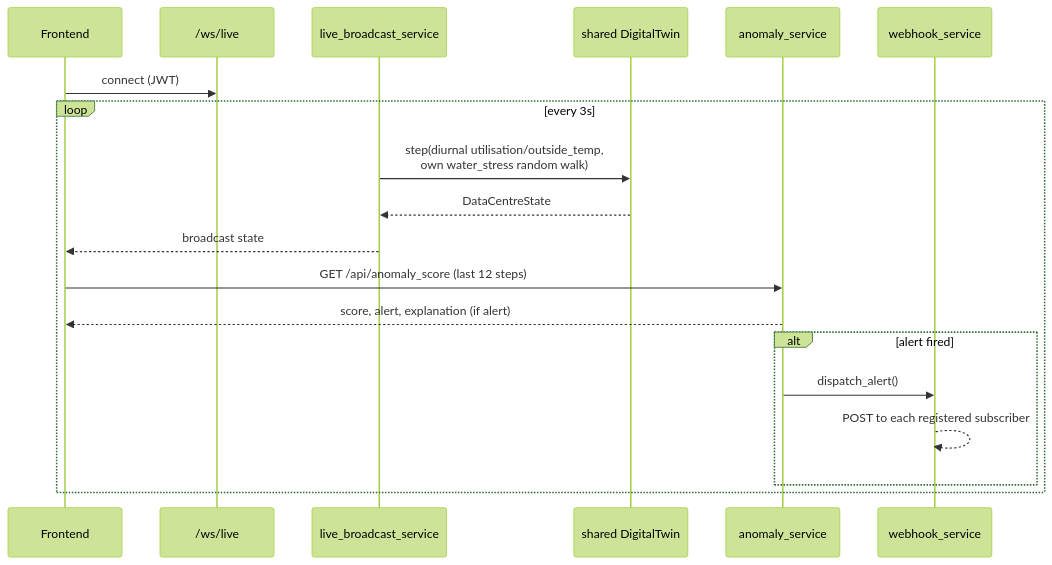
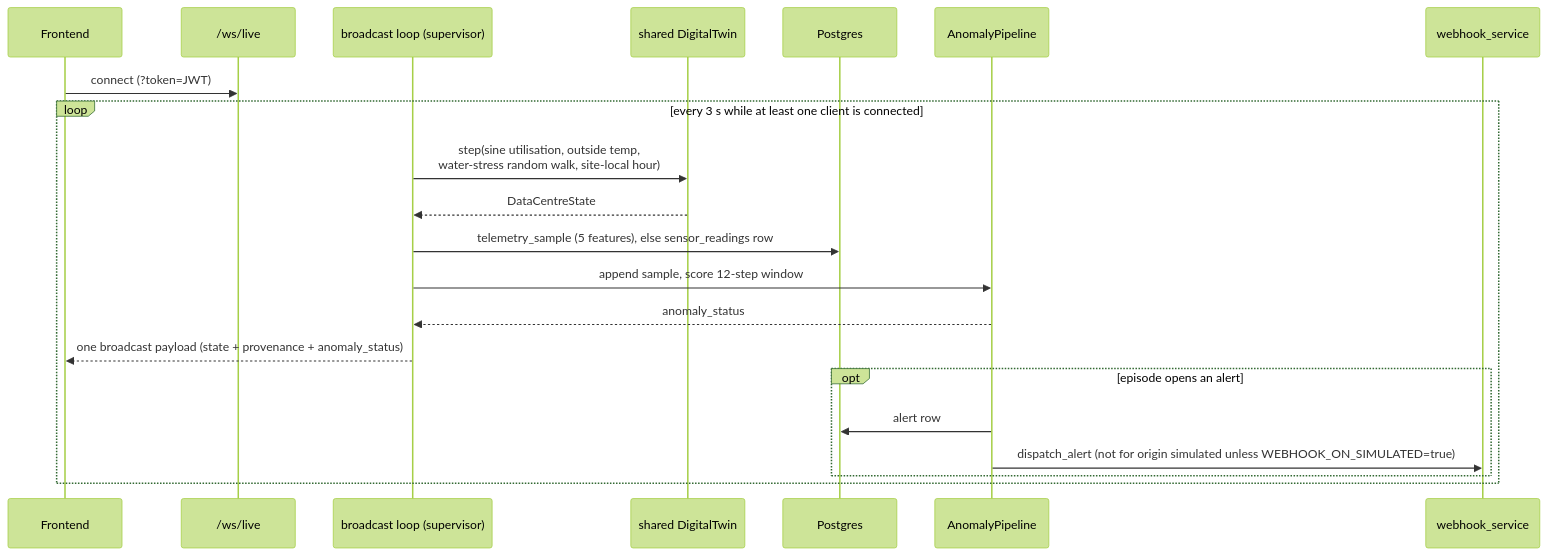
The second of 2 diagrams in docs/architecture/data_flow.md (lakshay-aggarwal-codes/TwinGrid), drawn with Mermaid (forest theme) before and after one commit. The commit also changed other lines of this file and 9 other files, not shown here.

````diff
--- a/docs/architecture/data_flow.md
+++ b/docs/architecture/data_flow.md
@@ -28,22 +50,24 @@
 ```mermaid
 sequenceDiagram
     participant FE as Frontend
     participant WS as /ws/live
-    participant Broadcast as live_broadcast_service
+    participant Bcast as broadcast loop (supervisor)
     participant Twin as shared DigitalTwin
-    participant Anom as anomaly_service
+    participant DB as Postgres
+    participant Pipe as AnomalyPipeline
     participant Hook as webhook_service
 
-    FE->>WS: connect (JWT)
-    loop every 3s
-        Broadcast->>Twin: step(diurnal utilisation/outside_temp,<br/>own water_stress random walk)
-        Twin-->>Broadcast: DataCentreState
-        Broadcast-->>FE: broadcast state
-        FE->>Anom: GET /api/anomaly_score (last 12 steps)
-        Anom-->>FE: score, alert, explanation (if alert)
-        alt alert fired
-            Anom->>Hook: dispatch_alert()
-            Hook-->>Hook: POST to each registered subscriber
+    FE->>WS: connect (?token=JWT)
+    loop every 3 s while at least one client is connected
+        Bcast->>Twin: step(sine utilisation, outside temp,<br/>water-stress random walk, site-local hour)
+        Twin-->>Bcast: DataCentreState
+        Bcast->>DB: telemetry_sample (5 features), else sensor_readings row
+        Bcast->>Pipe: append sample, score 12-step window
+        Pipe-->>Bcast: anomaly_status
+        Bcast-->>FE: one broadcast payload (state + provenance + anomaly_status)
+        opt episode opens an alert
+            Pipe->>DB: alert row
+            Pipe->>Hook: dispatch_alert (not for origin simulated unless WEBHOOK_ON_SIMULATED=true)
         end
     end
 ```
````
